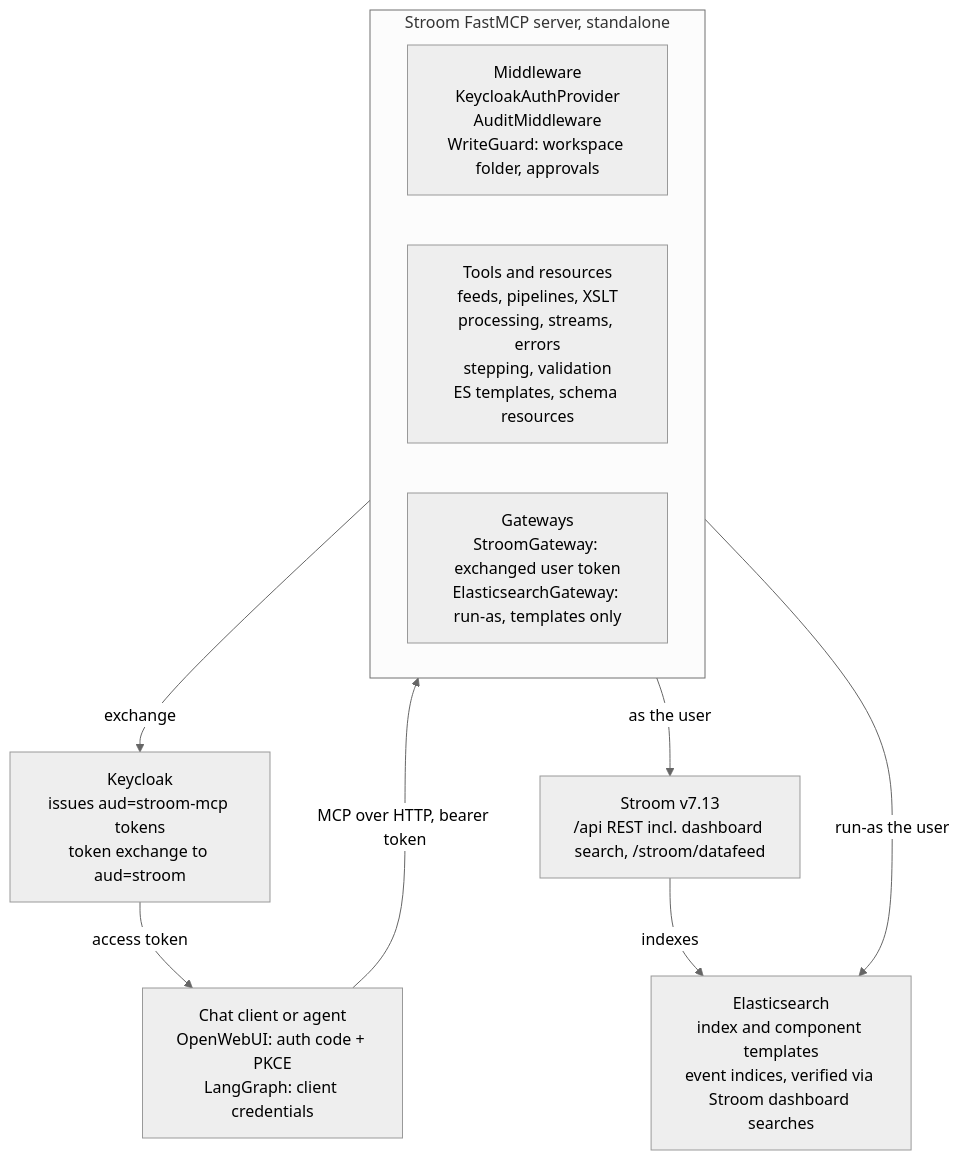
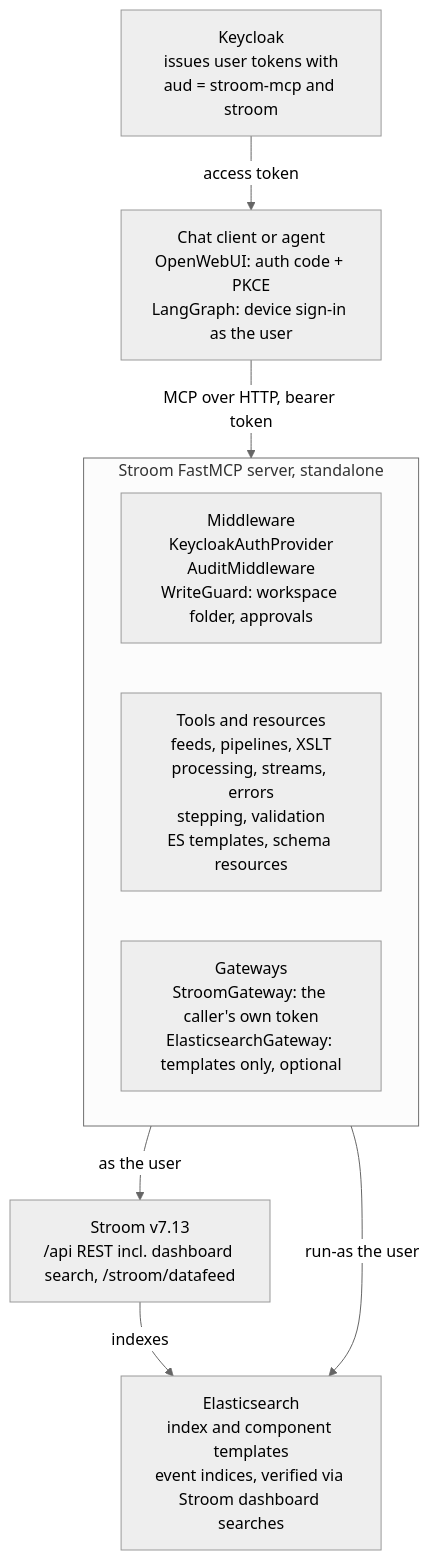
The second of 3 diagrams in docs/DESIGN.md (gradata-systems/stroom-fastmcp-server), drawn with Mermaid (neutral theme) before and after one commit. The commit also changed other lines of this file and 26 other files, not shown here.

````diff
--- a/docs/DESIGN.md
+++ b/docs/DESIGN.md
@@ -128,18 +138,17 @@
 ```mermaid
 flowchart TB
-    client[Chat client or agent<br/>OpenWebUI: auth code + PKCE<br/>LangGraph: client credentials]
-    kc[Keycloak<br/>issues aud=stroom-mcp tokens<br/>token exchange to aud=stroom]
+    client[Chat client or agent<br/>OpenWebUI: auth code + PKCE<br/>LangGraph: device sign-in as the user]
+    kc[Keycloak<br/>issues user tokens with<br/>aud = stroom-mcp and stroom]
     subgraph server[Stroom FastMCP server, standalone]
         mw[Middleware<br/>KeycloakAuthProvider<br/>AuditMiddleware<br/>WriteGuard: workspace folder, approvals]
         tools[Tools and resources<br/>feeds, pipelines, XSLT<br/>processing, streams, errors<br/>stepping, validation<br/>ES templates, schema resources]
-        gw[Gateways<br/>StroomGateway: exchanged user token<br/>ElasticsearchGateway: run-as, templates only]
+        gw[Gateways<br/>StroomGateway: the caller's own token<br/>ElasticsearchGateway: templates only, optional]
     end
     stroom[Stroom v7.13<br/>/api REST incl. dashboard search, /stroom/datafeed]
     es[Elasticsearch<br/>index and component templates<br/>event indices, verified via Stroom dashboard searches]
     kc -- access token --> client
     client -- MCP over HTTP, bearer token --> server
-    server -- exchange --> kc
     server -- as the user --> stroom
     server -- run-as the user --> es
     stroom -- indexes --> es
 ```
````
